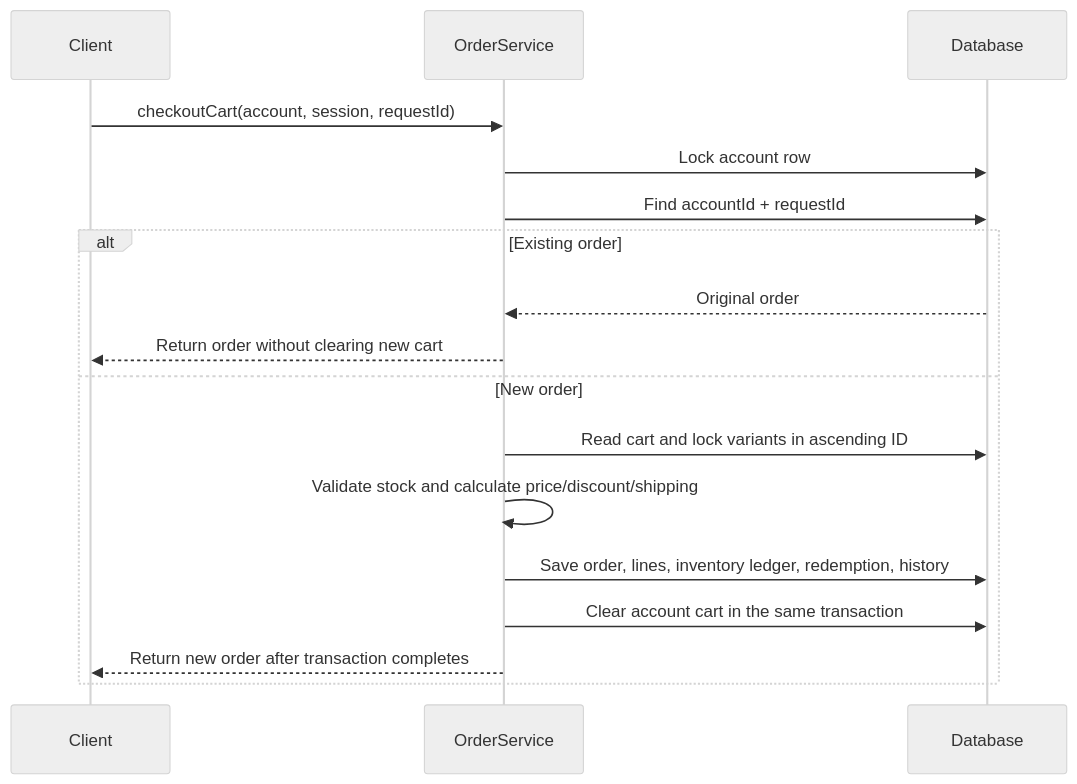
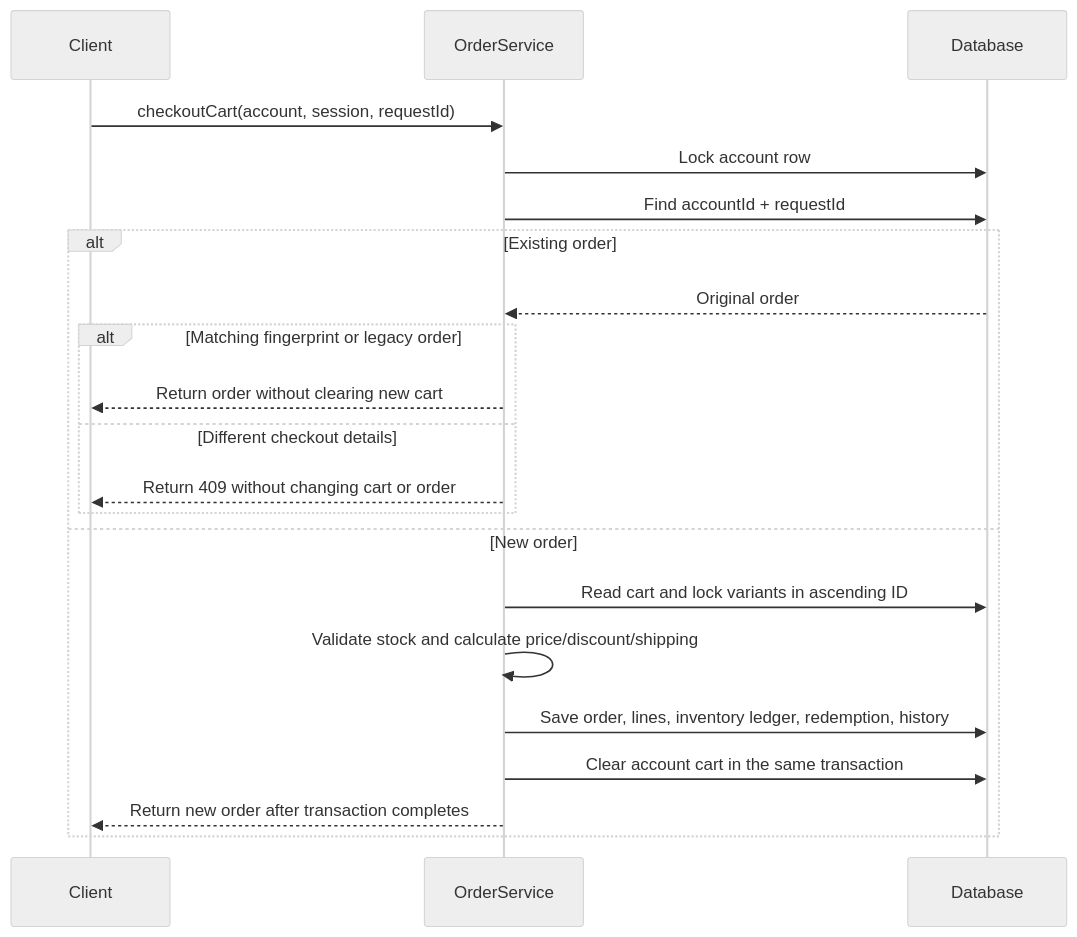
One commit to nguyenhonggiang2407/RunwayStudio changed the second of 2 diagrams in docs/ARCHITECTURE.md. Above: the diagram before and after it, drawn with Mermaid (neutral theme). The commit also changed other lines of this file and 13 other files, not shown here.

Commit message:
fix: reject checkout key reuse with changed details

````diff
--- a/docs/ARCHITECTURE.md
+++ b/docs/ARCHITECTURE.md
@@ -35,19 +35,23 @@
 ```mermaid
 sequenceDiagram
   participant C as Client
   participant S as OrderService
   participant D as Database
   C->>S: checkoutCart(account, session, requestId)
   S->>D: Lock account row
   S->>D: Find accountId + requestId
   alt Existing order
     D-->>S: Original order
-    S-->>C: Return order without clearing new cart
+    alt Matching fingerprint or legacy order
+      S-->>C: Return order without clearing new cart
+    else Different checkout details
+      S-->>C: Return 409 without changing cart or order
+    end
   else New order
     S->>D: Read cart and lock variants in ascending ID
     S->>S: Validate stock and calculate price/discount/shipping
     S->>D: Save order, lines, inventory ledger, redemption, history
     S->>D: Clear account cart in the same transaction
     S-->>C: Return new order after transaction completes
   end
 ```
````
